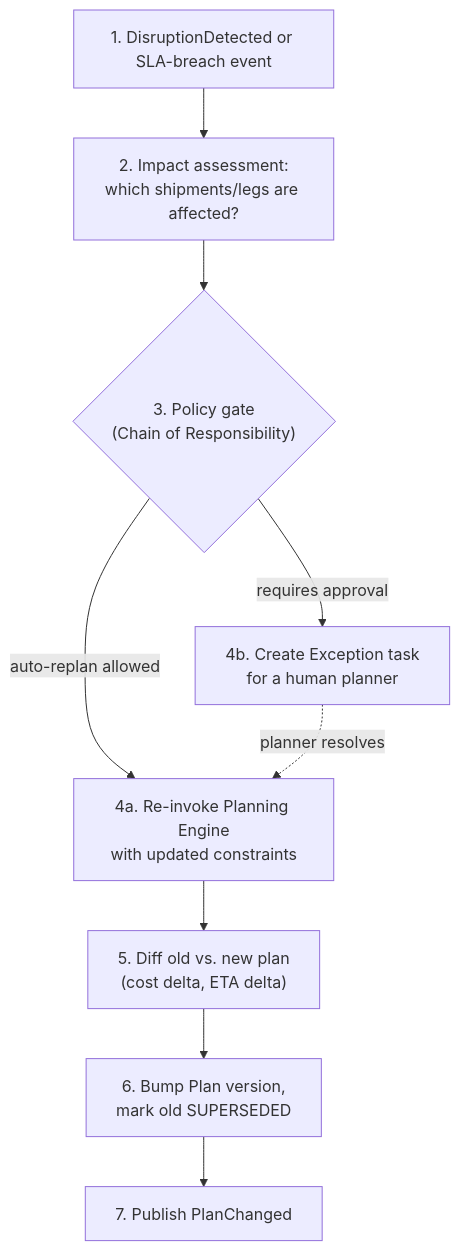
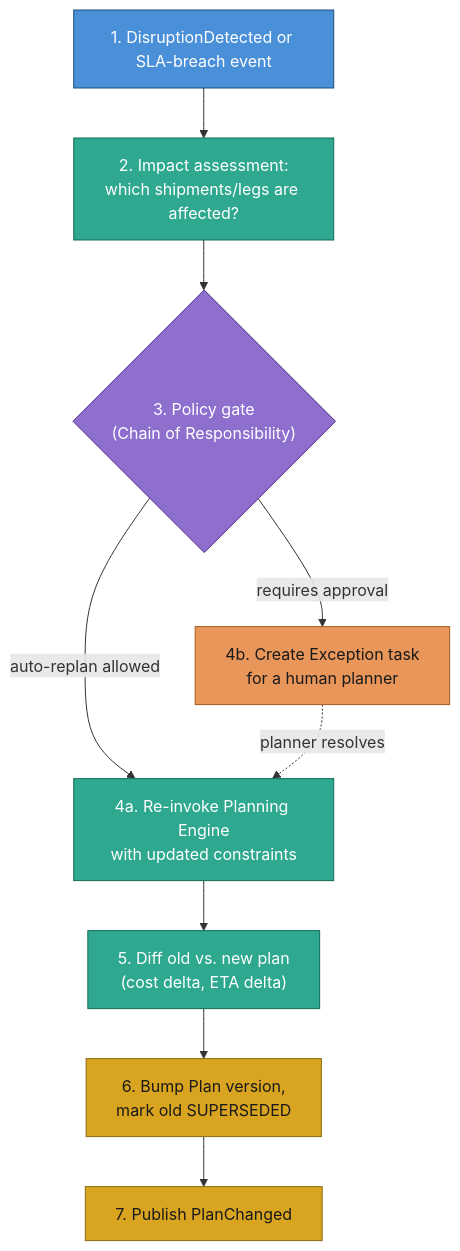
One commit to Pratyush576/CodingPractice changed diagram 12 of 36 in lib/src/main/java/org/pk/practices/design/supplychain/DESIGN.md. Above: the diagram before and after it, drawn with Mermaid. The commit also changed other lines of this file and 5 other files, not shown here.

Commit message:
Enhanced the diagrams

````diff
--- a/lib/src/main/java/org/pk/practices/design/supplychain/DESIGN.md
+++ b/lib/src/main/java/org/pk/practices/design/supplychain/DESIGN.md
@@ -1127,11 +1224,22 @@
 ```mermaid
 flowchart TD
     A["1. DisruptionDetected or SLA-breach event"] --> B["2. Impact assessment:<br/>which shipments/legs are affected?"]
     B --> C{"3. Policy gate<br/>(Chain of Responsibility)"}
     C -->|auto-replan allowed| D["4a. Re-invoke Planning Engine<br/>with updated constraints"]
     C -->|requires approval| E["4b. Create Exception task<br/>for a human planner"]
     D --> F["5. Diff old vs. new plan<br/>(cost delta, ETA delta)"]
     F --> G["6. Bump Plan version,<br/>mark old SUPERSEDED"]
     G --> H["7. Publish PlanChanged"]
     E -.->|planner resolves| D
+
+    classDef input fill:#4a90d9,stroke:#1c4e78,color:#ffffff
+    classDef process fill:#2ea88f,stroke:#146b58,color:#ffffff
+    classDef decision fill:#8e6fce,stroke:#4d2e8a,color:#ffffff
+    classDef escalate fill:#e8965a,stroke:#a85c1f,color:#1a1a1a
+    classDef outcome fill:#d9a521,stroke:#8a6a0f,color:#1a1a1a
+    class A input
+    class B,D,F process
+    class C decision
+    class E escalate
+    class G,H outcome
 ```
````
